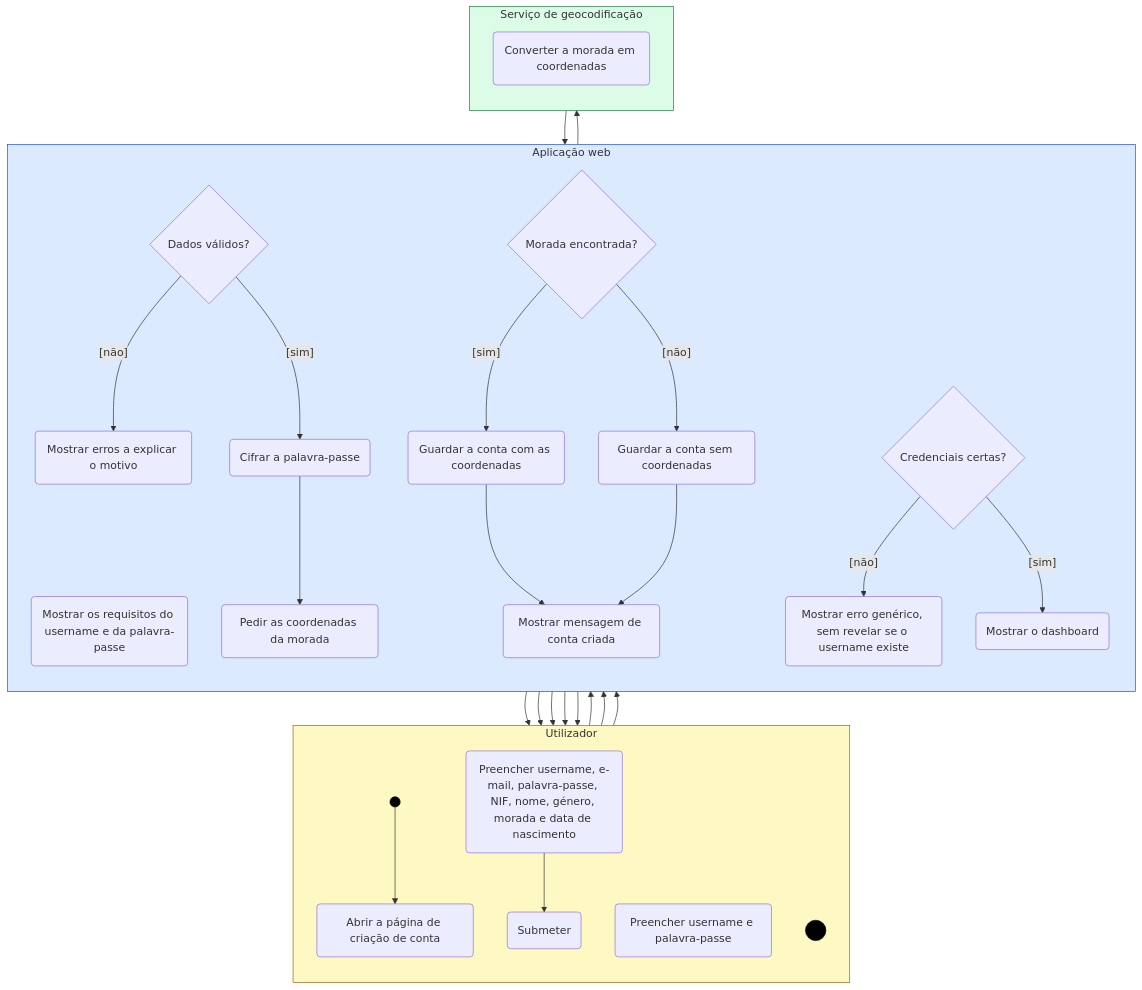
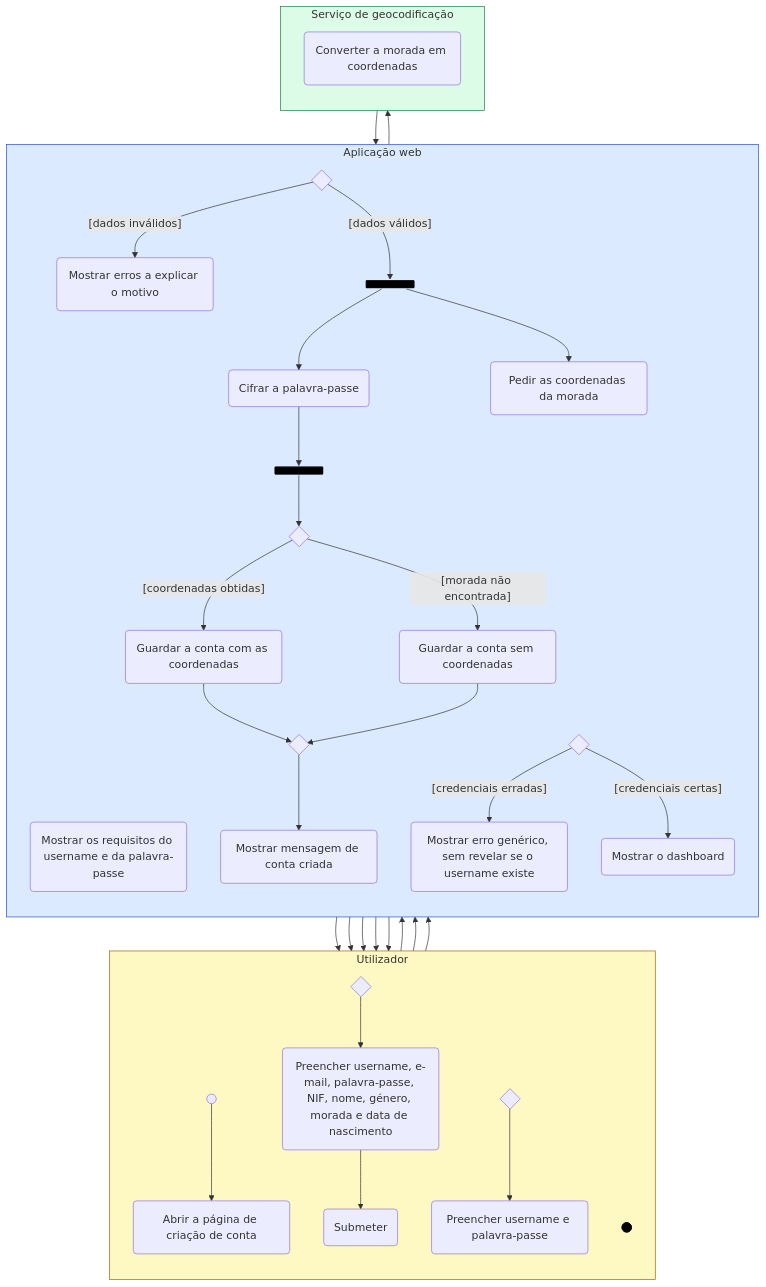
The fourth of 5 diagrams in etapa1/atividades/atividades.md (malat0o/PGP), drawn with Mermaid before and after one commit. The commit also changed other lines of this file and 11 other files, not shown here.

First line of the commit message:
Bloco 5: diagramas de atividades em notação UML

````diff
--- a/etapa1/atividades/atividades.md
+++ b/etapa1/atividades/atividades.md
@@ -176,45 +214,56 @@
 ```mermaid
 flowchart TB
   subgraph U["Utilizador"]
     direction TB
-    I1((" ")) --> C1("Abrir a página de criação de conta")
+    I1@{ shape: sm-circ }
+    C1("Abrir a página de criação de conta")
+    M0@{ shape: diam, label: " " }
     C3("Preencher username, e-mail, palavra-passe, NIF, nome, género, morada e data de nascimento")
     C4("Submeter")
-    C10("Preencher username e palavra-passe")
-    F1(((" ")))
+    M2@{ shape: diam, label: " " }
+    C12("Preencher username e palavra-passe")
+    F1@{ shape: fr-circ }
   end
   subgraph W["Aplicação web"]
     direction TB
     C2("Mostrar os requisitos do username e da palavra-passe")
-    D1{"Dados válidos?"}
+    D1@{ shape: diam, label: " " }
     C5("Mostrar erros a explicar o motivo")
+    FK@{ shape: fork }
     C6("Cifrar a palavra-passe")
     C7("Pedir as coordenadas da morada")
-    D2{"Morada encontrada?"}
-    C8("Guardar a conta com as coordenadas")
-    C9("Guardar a conta sem coordenadas")
-    C12("Mostrar mensagem de conta criada")
-    D3{"Credenciais certas?"}
+    JN@{ shape: fork }
+    D2@{ shape: diam, label: " " }
+    C9("Guardar a conta com as coordenadas")
+    C10("Guardar a conta sem coordenadas")
+    M1@{ shape: diam, label: " " }
+    C11("Mostrar mensagem de conta criada")
+    D3@{ shape: diam, label: " " }
     C13("Mostrar erro genérico, sem revelar se o username existe")
     C14("Mostrar o dashboard")
   end
   subgraph N["Serviço de geocodificação"]
     direction TB
-    C11("Converter a morada em coordenadas")
+    C8("Converter a morada em coordenadas")
   end
 
-  C1 --> C2 --> C3 --> C4 --> D1
-  D1 -->|"[não]"| C5 --> C3
-  D1 -->|"[sim]"| C6 --> C7 --> C11 --> D2
-  D2 -->|"[sim]"| C8 --> C12
-  D2 -->|"[não]"| C9 --> C12
-  C12 --> C10 --> D3
-  D3 -->|"[não]"| C13 --> C10
-  D3 -->|"[sim]"| C14 --> F1
+  I1 --> C1 --> C2 --> M0 --> C3 --> C4 --> D1
+  D1 -->|"[dados inválidos]"| C5 --> M0
+  D1 -->|"[dados válidos]"| FK
+  FK --> C6 --> JN
+  FK --> C7 --> C8 --> JN
+  JN --> D2
+  D2 -->|"[coordenadas obtidas]"| C9 --> M1
+  D2 -->|"[morada não encontrada]"| C10 --> M1
+  M1 --> C11 --> M2 --> C12 --> D3
+  D3 -->|"[credenciais erradas]"| C13 --> M2
+  D3 -->|"[credenciais certas]"| C14 --> F1
 
   style I1 fill:#000,stroke:#000
   style F1 fill:#000,stroke:#000
+  style FK fill:#000,stroke:#000
+  style JN fill:#000,stroke:#000
   style U fill:#fef9c3,stroke:#a16207
   style W fill:#dbeafe,stroke:#1d4ed8
   style N fill:#dcfce7,stroke:#15803d
 ```
````
